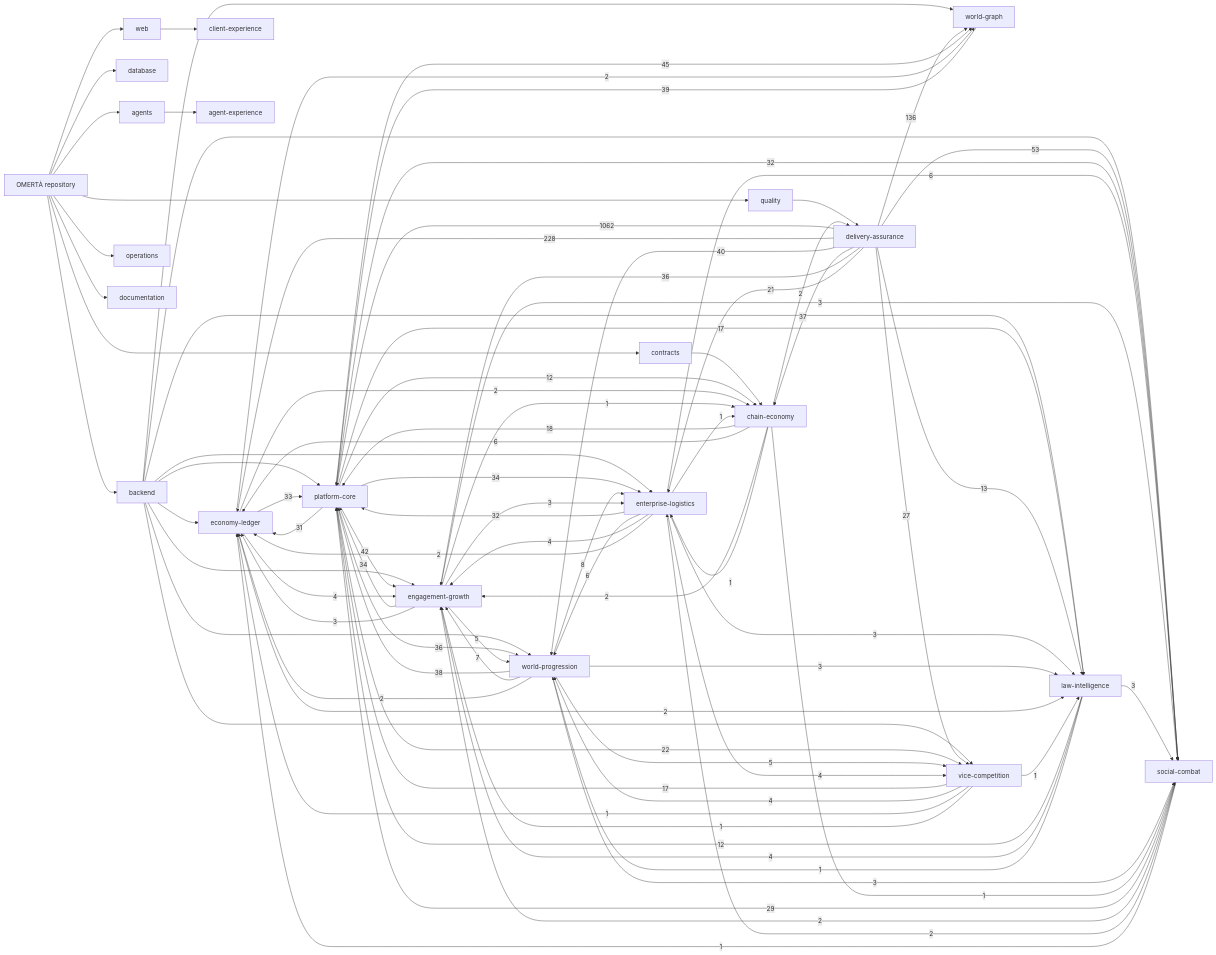
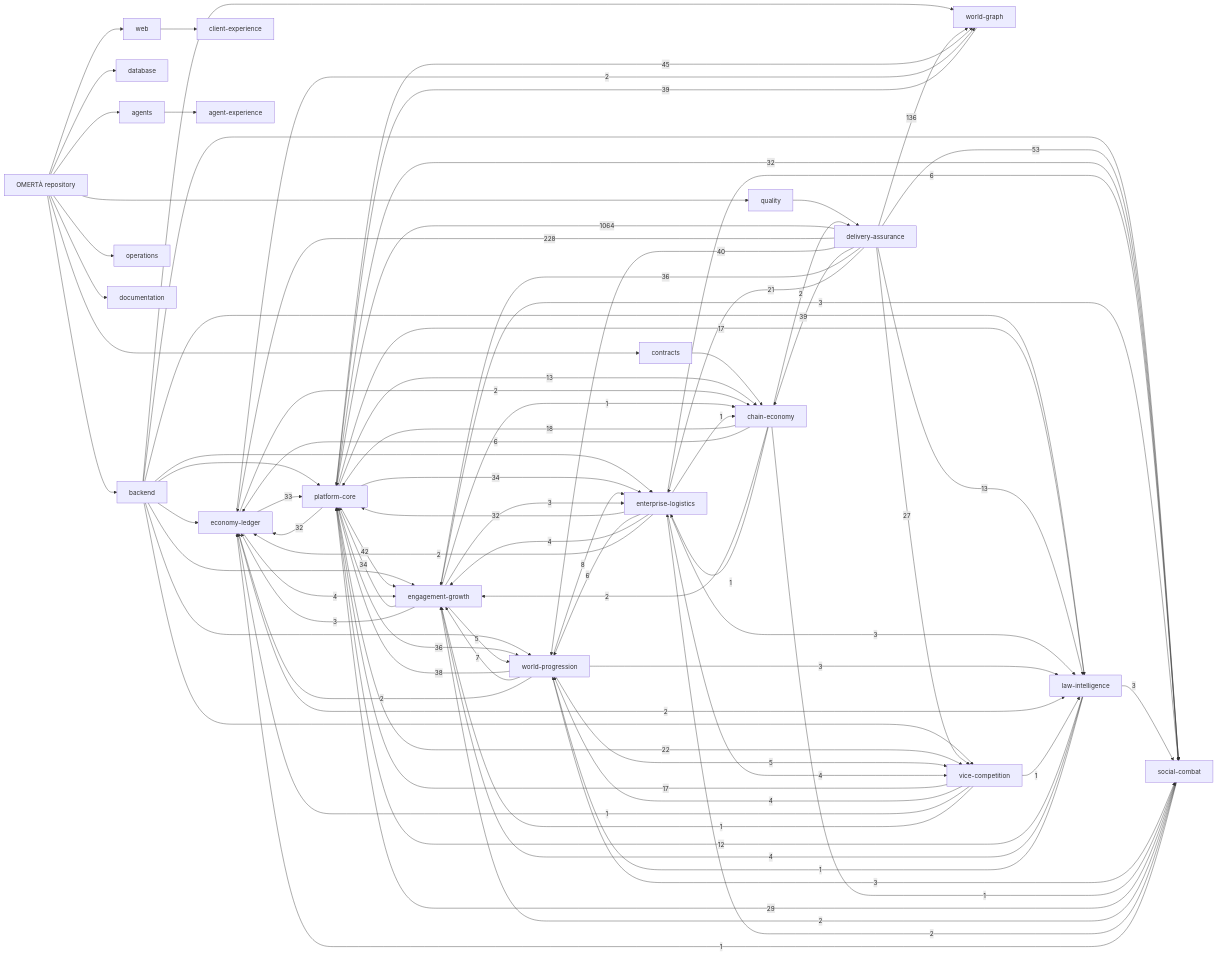
Before and after one commit to OmertaDev/Omerta: the diagram in knowledge/generated/graph.mmd, drawn with Mermaid. The commit also changed 7 other files, not shown here.

```diff
--- a/knowledge/generated/graph.mmd
+++ b/knowledge/generated/graph.mmd
@@ -1,109 +1,109 @@
 flowchart LR
   repo["OMERTÀ repository"]
   sub_backend["backend"]
   repo --> sub_backend
   sub_database["database"]
   repo --> sub_database
   sub_web["web"]
   repo --> sub_web
   sub_contracts["contracts"]
   repo --> sub_contracts
   sub_agents["agents"]
   repo --> sub_agents
   sub_quality["quality"]
   repo --> sub_quality
   sub_operations["operations"]
   repo --> sub_operations
   sub_documentation["documentation"]
   repo --> sub_documentation
   dom_platform-core["platform-core"]
   dom_economy-ledger["economy-ledger"]
   dom_social-combat["social-combat"]
   dom_world-progression["world-progression"]
   dom_world-graph["world-graph"]
   dom_enterprise-logistics["enterprise-logistics"]
   dom_vice-competition["vice-competition"]
   dom_law-intelligence["law-intelligence"]
   dom_chain-economy["chain-economy"]
   dom_engagement-growth["engagement-growth"]
   dom_client-experience["client-experience"]
   dom_agent-experience["agent-experience"]
   dom_delivery-assurance["delivery-assurance"]
   sub_agents --> dom_agent-experience
   sub_backend --> dom_economy-ledger
   sub_backend --> dom_engagement-growth
   sub_backend --> dom_enterprise-logistics
   sub_backend --> dom_law-intelligence
   sub_backend --> dom_platform-core
   sub_backend --> dom_social-combat
   sub_backend --> dom_vice-competition
   sub_backend --> dom_world-graph
   sub_backend --> dom_world-progression
   sub_contracts --> dom_chain-economy
   sub_quality --> dom_delivery-assurance
   sub_web --> dom_client-experience
-  dom_delivery-assurance -->|1062| dom_platform-core
+  dom_delivery-assurance -->|1064| dom_platform-core
   dom_delivery-assurance -->|228| dom_economy-ledger
   dom_delivery-assurance -->|136| dom_world-graph
   dom_delivery-assurance -->|53| dom_social-combat
   dom_platform-core -->|45| dom_world-graph
   dom_platform-core -->|42| dom_engagement-growth
   dom_delivery-assurance -->|40| dom_world-progression
+  dom_delivery-assurance -->|39| dom_chain-economy
   dom_world-graph -->|39| dom_platform-core
   dom_world-progression -->|38| dom_platform-core
-  dom_delivery-assurance -->|37| dom_chain-economy
   dom_delivery-assurance -->|36| dom_engagement-growth
   dom_platform-core -->|36| dom_world-progression
   dom_engagement-growth -->|34| dom_platform-core
   dom_platform-core -->|34| dom_enterprise-logistics
   dom_economy-ledger -->|33| dom_platform-core
   dom_enterprise-logistics -->|32| dom_platform-core
+  dom_platform-core -->|32| dom_economy-ledger
   dom_platform-core -->|32| dom_social-combat
-  dom_platform-core -->|31| dom_economy-ledger
   dom_social-combat -->|29| dom_platform-core
   dom_delivery-assurance -->|27| dom_vice-competition
   dom_platform-core -->|22| dom_vice-competition
   dom_delivery-assurance -->|21| dom_enterprise-logistics
   dom_chain-economy -->|18| dom_platform-core
   dom_platform-core -->|17| dom_law-intelligence
   dom_vice-competition -->|17| dom_platform-core
   dom_delivery-assurance -->|13| dom_law-intelligence
+  dom_platform-core -->|13| dom_chain-economy
   dom_law-intelligence -->|12| dom_platform-core
-  dom_platform-core -->|12| dom_chain-economy
   dom_world-progression -->|8| dom_enterprise-logistics
   dom_world-progression -->|7| dom_engagement-growth
   dom_chain-economy -->|6| dom_economy-ledger
   dom_enterprise-logistics -->|6| dom_social-combat
   dom_enterprise-logistics -->|6| dom_world-progression
   dom_engagement-growth -->|5| dom_world-progression
   dom_world-progression -->|5| dom_vice-competition
   dom_economy-ledger -->|4| dom_engagement-growth
   dom_enterprise-logistics -->|4| dom_engagement-growth
   dom_enterprise-logistics -->|4| dom_vice-competition
   dom_law-intelligence -->|4| dom_engagement-growth
   dom_vice-competition -->|4| dom_world-progression
   dom_engagement-growth -->|3| dom_economy-ledger
   dom_engagement-growth -->|3| dom_enterprise-logistics
   dom_engagement-growth -->|3| dom_social-combat
   dom_enterprise-logistics -->|3| dom_law-intelligence
   dom_law-intelligence -->|3| dom_social-combat
   dom_world-progression -->|3| dom_law-intelligence
   dom_world-progression -->|3| dom_social-combat
   dom_chain-economy -->|2| dom_delivery-assurance
   dom_chain-economy -->|2| dom_engagement-growth
   dom_economy-ledger -->|2| dom_chain-economy
   dom_economy-ledger -->|2| dom_law-intelligence
   dom_economy-ledger -->|2| dom_world-graph
   dom_enterprise-logistics -->|2| dom_economy-ledger
   dom_social-combat -->|2| dom_engagement-growth
   dom_social-combat -->|2| dom_enterprise-logistics
   dom_world-progression -->|2| dom_economy-ledger
   dom_chain-economy -->|1| dom_enterprise-logistics
   dom_chain-economy -->|1| dom_social-combat
   dom_engagement-growth -->|1| dom_chain-economy
   dom_enterprise-logistics -->|1| dom_chain-economy
   dom_law-intelligence -->|1| dom_world-progression
   dom_social-combat -->|1| dom_economy-ledger
   dom_vice-competition -->|1| dom_economy-ledger
   dom_vice-competition -->|1| dom_engagement-growth
   dom_vice-competition -->|1| dom_law-intelligence
```
